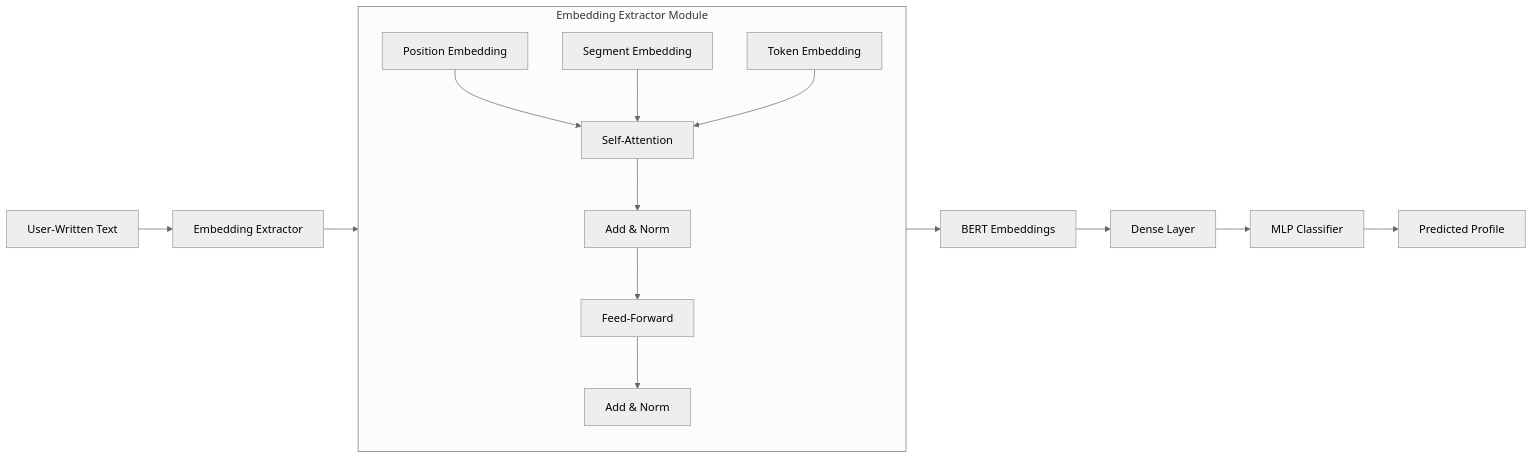
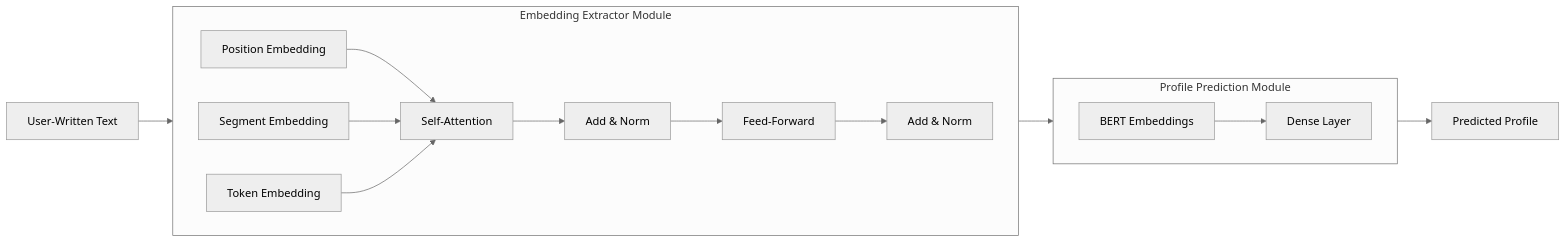
One commit to hansung-prism-lab/sw-industry-collab-2025 changed the diagram in README.md. Above: the diagram before and after it, drawn with Mermaid (neutral theme). The commit also changed other lines of this file, not shown here.

Commit message:
update mermaid diagram

````diff
--- a/README.md
+++ b/README.md
@@ -27,25 +27,33 @@
 ```mermaid
 flowchart LR
-    A[User-Written Text] --> B[Embedding Extractor]
+    A[User-Written Text] --> EMB
 
     subgraph EMB[Embedding Extractor Module]
+        direction LR
         P[Position Embedding]
         S[Segment Embedding]
         T[Token Embedding]
         SA[Self-Attention]
         AN1[Add & Norm]
         FF[Feed-Forward]
         AN2[Add & Norm]
 
         P --> SA
         S --> SA
         T --> SA
         SA --> AN1 --> FF --> AN2
     end
+	
+    EMB --> Pred
+    
+    subgraph Pred[Profile Prediction Module]
+    	direction LR
+    	BE[BERT Embeddings]
+    	DL[Dense Layer]
+    	
+    	BE --> DL
+    end
+    
+    Pred --> OUT[Predicted Profile]
 
-    B --> EMB
-    EMB --> BE[BERT Embeddings]
-    BE --> DL[Dense Layer]
-    DL --> MLP[MLP Classifier]
-    MLP --> OUT[Predicted Profile]
 ```
````
